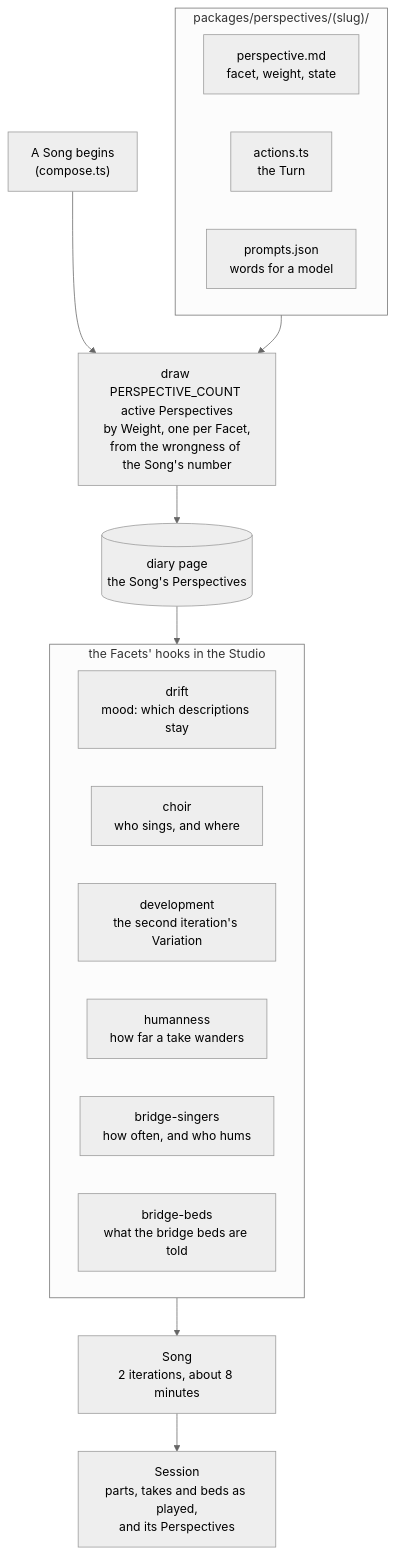
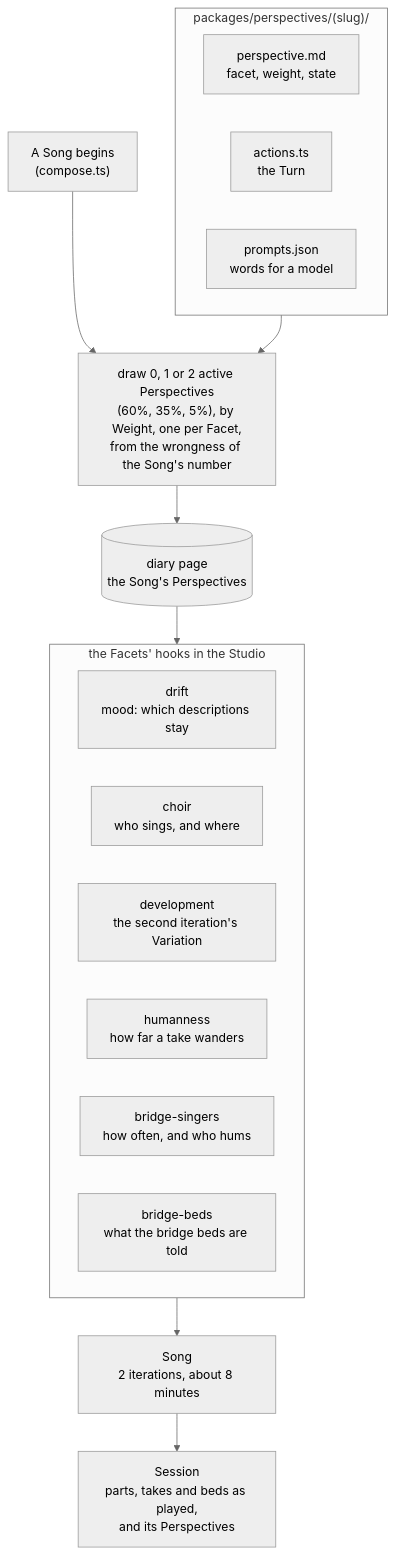
The diagram in plans/2026-11-13-perspectives.md (unkhz/ikuradio), drawn with Mermaid (neutral theme) before and after one commit. The commit also changed other lines of this file and 20 other files, not shown here.

````diff
--- a/plans/2026-11-13-perspectives.md
+++ b/plans/2026-11-13-perspectives.md
@@ -107,25 +107,25 @@
 ```mermaid
 flowchart TD
-  Begins["A Song begins<br/>(compose.ts)"] --> Draw["draw PERSPECTIVE_COUNT active Perspectives<br/>by Weight, one per Facet,<br/>from the wrongness of the Song's number"]
+  Begins["A Song begins<br/>(compose.ts)"] --> Draw["draw 0, 1 or 2 active Perspectives<br/>(60%, 35%, 5%), by Weight, one per Facet,<br/>from the wrongness of the Song's number"]
   Draw --> Diary[("diary page<br/>the Song's Perspectives")]
 
   subgraph Records["packages/perspectives/(slug)/"]
     Record["perspective.md<br/>facet, weight, state"]
     Actions["actions.ts<br/>the Turn"]
     Prompts["prompts.json<br/>words for a model"]
   end
   Records --> Draw
 
   Diary --> Hooks
   subgraph Hooks["the Facets' hooks in the Studio"]
     Drift["drift<br/>mood: which descriptions stay"]
     Choir["choir<br/>who sings, and where"]
     Development["development<br/>the second iteration's Variation"]
     Humanness["humanness<br/>how far a take wanders"]
     BridgeSingers["bridge-singers<br/>how often, and who hums"]
     BridgeBeds["bridge-beds<br/>what the bridge beds are told"]
   end
 
   Hooks --> Song["Song<br/>2 iterations, about 8 minutes"]
   Song --> Session["Session<br/>parts, takes and beds as played,<br/>and its Perspectives"]
 ```
````
